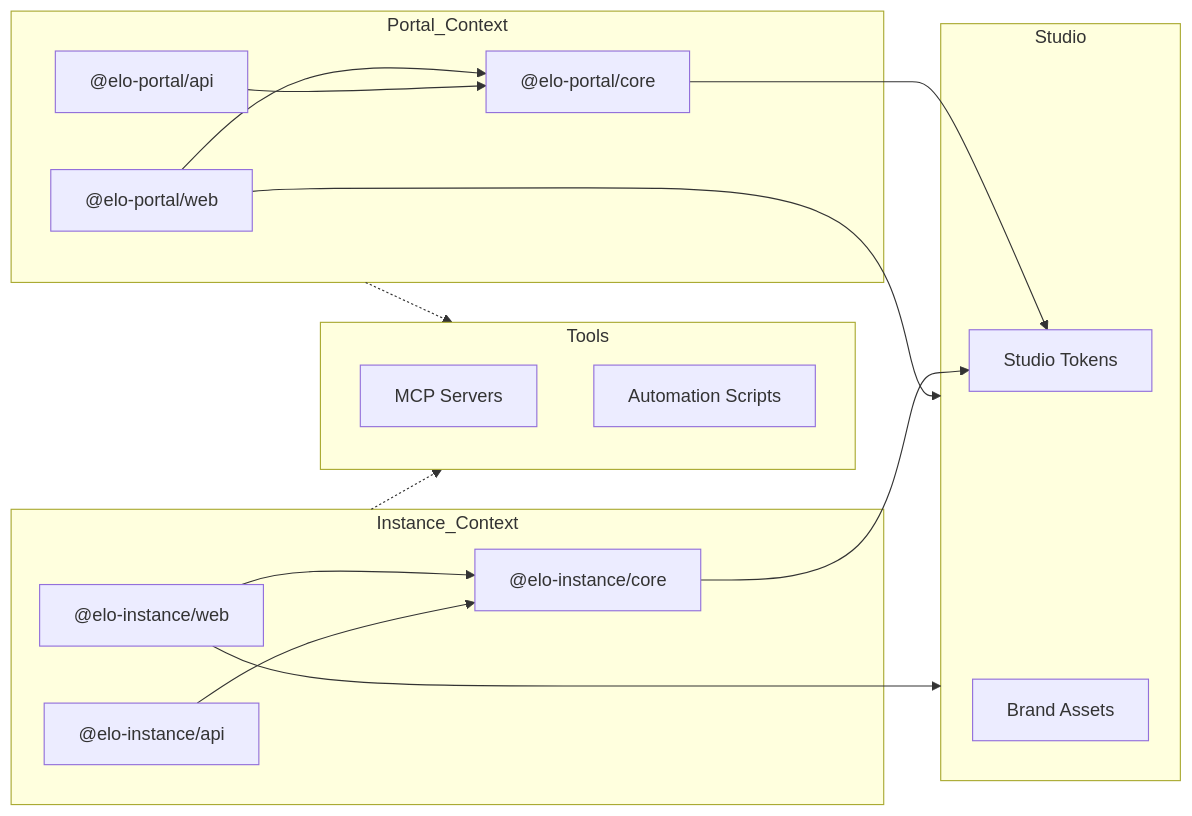
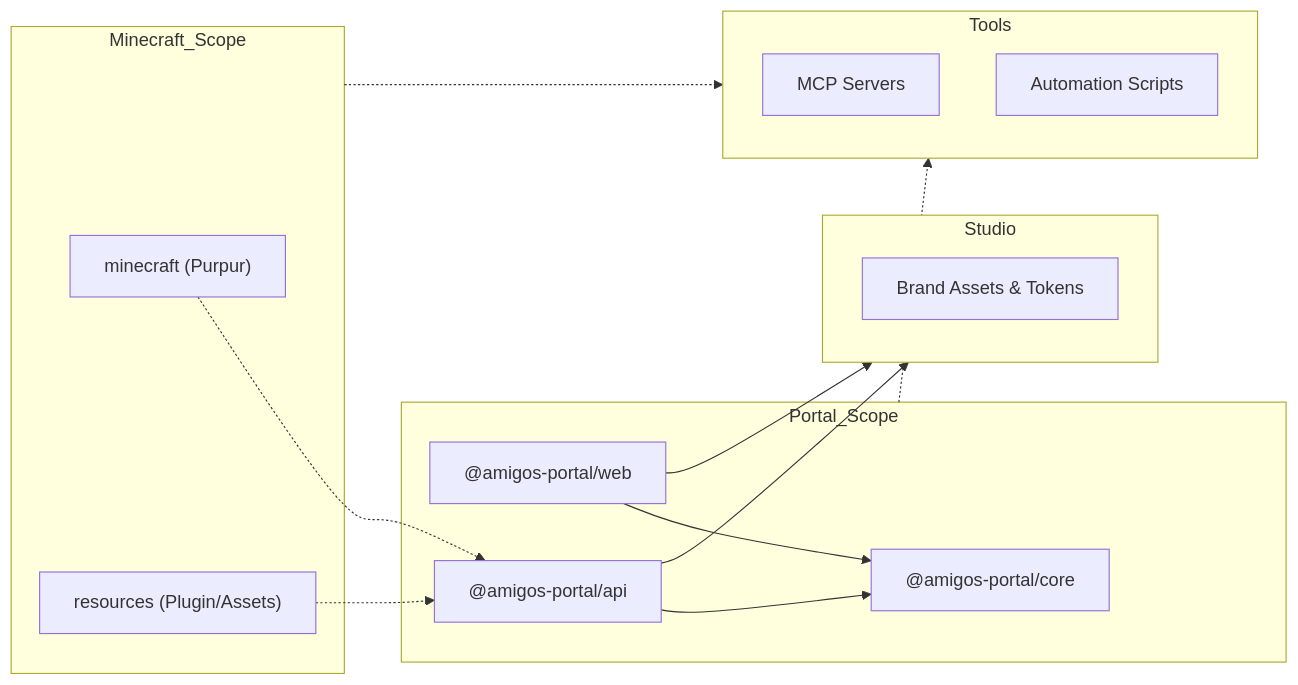
One commit to tupynambalucas/amigos-do-mine changed the diagram in knowledge-base/docs/engineering/architecture.mdx. Above: the diagram before and after it, drawn with Mermaid. The commit also changed other lines of this file and 166 other files, not shown here.

````diff
--- a/knowledge-base/docs/engineering/architecture.mdx
+++ b/knowledge-base/docs/engineering/architecture.mdx
@@ -20,39 +20,34 @@
 ```mermaid
 graph LR
     subgraph Studio
-        S_Tokens["Studio Tokens"]
-        S_Assets["Brand Assets"]
+        S_Assets["Brand Assets & Tokens"]
     end
 
     subgraph Tools
         T_MCP["MCP Servers"]
         T_Scripts["Automation Scripts"]
     end
 
-    subgraph Portal_Context
-        P_Web["@elo-portal/web"]
-        P_API["@elo-portal/api"]
-        P_Core["@elo-portal/core"]
+    subgraph Portal_Scope
+        P_Web["@amigos-portal/web"]
+        P_API["@amigos-portal/api"]
+        P_Core["@amigos-portal/core"]
     end
 
-    subgraph Instance_Context
-        I_Web["@elo-instance/web"]
-        I_API["@elo-instance/api"]
-        I_Core["@elo-instance/core"]
+    subgraph Minecraft_Scope
+        M_Server["minecraft (Purpur)"]
+        M_Resources["resources (Plugin/Assets)"]
     end
 
     P_Web --> P_Core
     P_API --> P_Core
     
-    I_Web --> I_Core
-    I_API --> I_Core
+    P_Web --> Studio
+    P_API --> Studio
 
-    P_Core --> S_Tokens
-    I_Core --> S_Tokens
-
-    P_Web --> Studio
-    I_Web --> Studio
-
-    Portal_Context -.-> Tools
-    Instance_Context -.-> Tools
+    M_Server -.-> P_API
+    M_Resources -.-> P_API
+    
+    Portal_Scope -.-> Tools
+    Minecraft_Scope -.-> Tools
 ```
````
